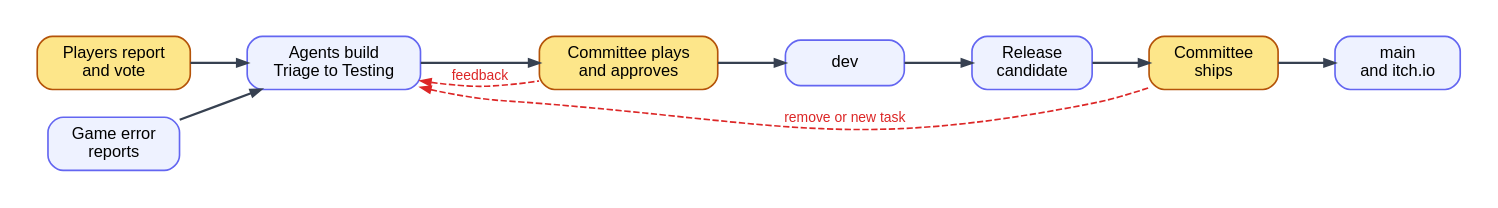
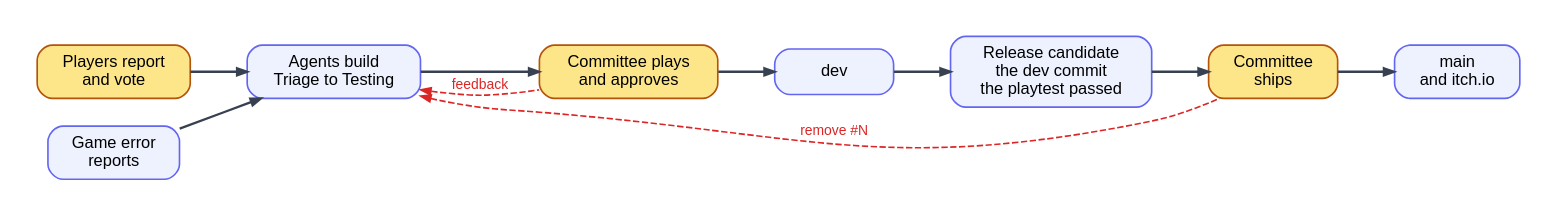
One commit to ROAM-game-org/road-machiners changed the diagram in factory/docs/diagrams/overview.dot. Above: the diagram before and after it, drawn with Graphviz. The commit also changed 25 other files, not shown here.

First line of the commit message:
Docs and diagrams for the release from dev, Hermes route kind, stale fixtures

```diff
--- a/factory/docs/diagrams/overview.dot
+++ b/factory/docs/diagrams/overview.dot
@@ -1,19 +1,19 @@
 // Overview. Black: normal path. Red: loops back. Yellow: waits for people.
 digraph overview {
   rankdir=LR; nodesep=0.3; ranksep=0.6; bgcolor=white; pad=0.3;
   node [shape=box, style="rounded,filled", fillcolor="#eef2ff", color="#6366f1", fontname="Helvetica", fontsize=13, margin="0.2,0.1", penwidth=1.3, width=1.3];
   edge [color="#374151", penwidth=1.8, arrowsize=0.8, fontname="Helvetica", fontsize=11];
   U [label="Players report\nand vote", fillcolor="#fde68a", color="#b45309"];
   B [label="Agents build\nTriage to Testing"];
   C [label="Committee plays\nand approves", fillcolor="#fde68a", color="#b45309"];
   V [label="dev"];
-  R [label="Release\ncandidate"];
+  R [label="Release candidate\nthe dev commit\nthe playtest passed"];
   S [label="Committee\nships", fillcolor="#fde68a", color="#b45309"];
   O [label="main\nand itch.io"];
   E [label="Game error\nreports"];
   U -> B -> C -> V -> R -> S -> O [weight=100];
   E -> B [weight=0];
   edge [color="#dc2626", fontcolor="#dc2626", style=dashed, penwidth=1.3, dir=back, weight=0];
   B -> C [label="feedback"];
-  B -> S [label="remove or new task"];
+  B -> S [label="remove #N"];
 }
```
